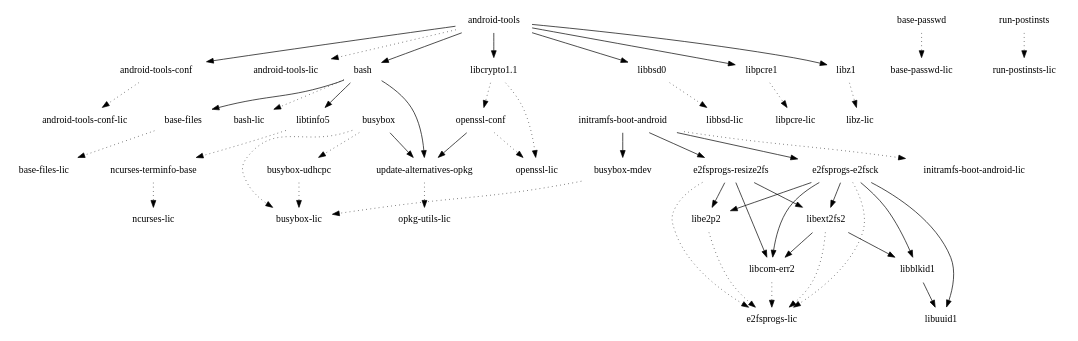
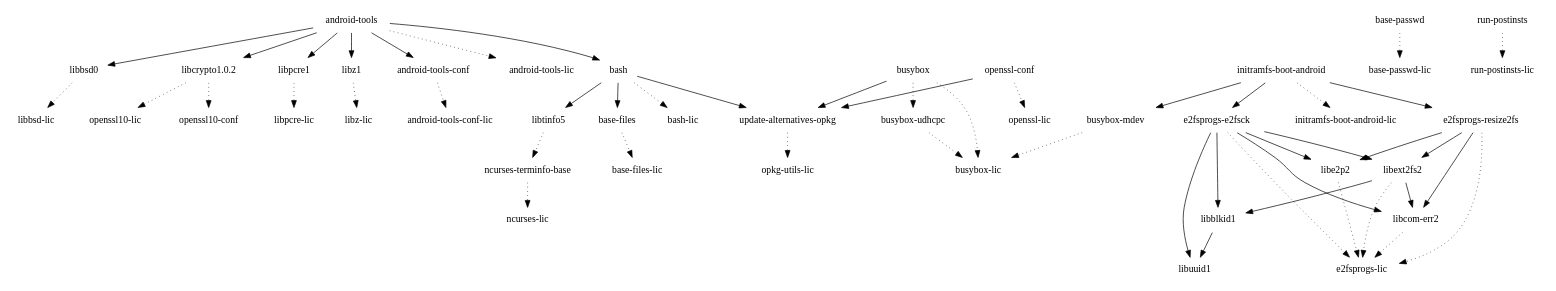
One commit to webOS-ports/buildhistory changed the diagram in images/hammerhead/glibc/initramfs-android-image/depends-nokernel-nolibc.dot. Above: the diagram before and after it, drawn with Graphviz. The commit also changed 9334 other files, not shown here.

```diff
--- a/images/hammerhead/glibc/initramfs-android-image/depends-nokernel-nolibc.dot
+++ b/images/hammerhead/glibc/initramfs-android-image/depends-nokernel-nolibc.dot
@@ -1,53 +1,53 @@
 digraph depends {
     node [shape=plaintext]
 "android-tools" -> "android-tools-conf"
 "android-tools" -> "android-tools-lic" [style=dotted]
 "android-tools" -> "bash"
 "android-tools-conf" -> "android-tools-conf-lic" [style=dotted]
 "android-tools" -> "libbsd0"
-"android-tools" -> "libcrypto1.1"
+"android-tools" -> "libcrypto1.0.2"
 "android-tools" -> "libpcre1"
 "android-tools" -> "libz1"
 "base-files" -> "base-files-lic" [style=dotted]
 "base-passwd" -> "base-passwd-lic" [style=dotted]
 "bash" -> "base-files"
 "bash" -> "bash-lic" [style=dotted]
 "bash" -> "libtinfo5"
 "bash" -> "update-alternatives-opkg"
 "busybox" -> "busybox-lic" [style=dotted]
 "busybox" -> "busybox-udhcpc" [style=dotted]
 "busybox-mdev" -> "busybox-lic" [style=dotted]
 "busybox-udhcpc" -> "busybox-lic" [style=dotted]
 "busybox" -> "update-alternatives-opkg"
 "e2fsprogs-e2fsck" -> "e2fsprogs-lic" [style=dotted]
 "e2fsprogs-e2fsck" -> "libblkid1"
 "e2fsprogs-e2fsck" -> "libcom-err2"
 "e2fsprogs-e2fsck" -> "libe2p2"
 "e2fsprogs-e2fsck" -> "libext2fs2"
 "e2fsprogs-e2fsck" -> "libuuid1"
 "e2fsprogs-resize2fs" -> "e2fsprogs-lic" [style=dotted]
 "e2fsprogs-resize2fs" -> "libcom-err2"
 "e2fsprogs-resize2fs" -> "libe2p2"
 "e2fsprogs-resize2fs" -> "libext2fs2"
 "initramfs-boot-android" -> "busybox-mdev"
 "initramfs-boot-android" -> "e2fsprogs-e2fsck"
 "initramfs-boot-android" -> "e2fsprogs-resize2fs"
 "initramfs-boot-android" -> "initramfs-boot-android-lic" [style=dotted]
 "libblkid1" -> "libuuid1"
 "libbsd0" -> "libbsd-lic" [style=dotted]
 "libcom-err2" -> "e2fsprogs-lic" [style=dotted]
-"libcrypto1.1" -> "openssl-conf" [style=dotted]
-"libcrypto1.1" -> "openssl-lic" [style=dotted]
+"libcrypto1.0.2" -> "openssl10-conf" [style=dotted]
+"libcrypto1.0.2" -> "openssl10-lic" [style=dotted]
 "libe2p2" -> "e2fsprogs-lic" [style=dotted]
 "libext2fs2" -> "e2fsprogs-lic" [style=dotted]
 "libext2fs2" -> "libblkid1"
 "libext2fs2" -> "libcom-err2"
 "libpcre1" -> "libpcre-lic" [style=dotted]
 "libtinfo5" -> "ncurses-terminfo-base" [style=dotted]
 "libz1" -> "libz-lic" [style=dotted]
 "ncurses-terminfo-base" -> "ncurses-lic" [style=dotted]
 "openssl-conf" -> "openssl-lic" [style=dotted]
 "openssl-conf" -> "update-alternatives-opkg"
 "run-postinsts" -> "run-postinsts-lic" [style=dotted]
 "update-alternatives-opkg" -> "opkg-utils-lic" [style=dotted]
 }
```
